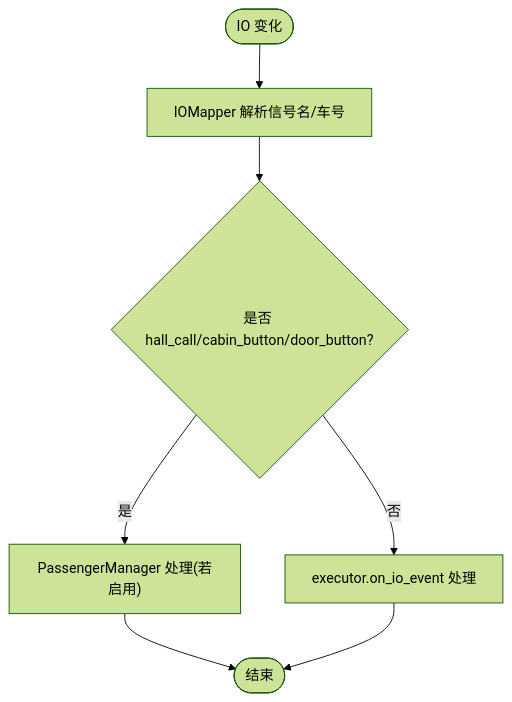
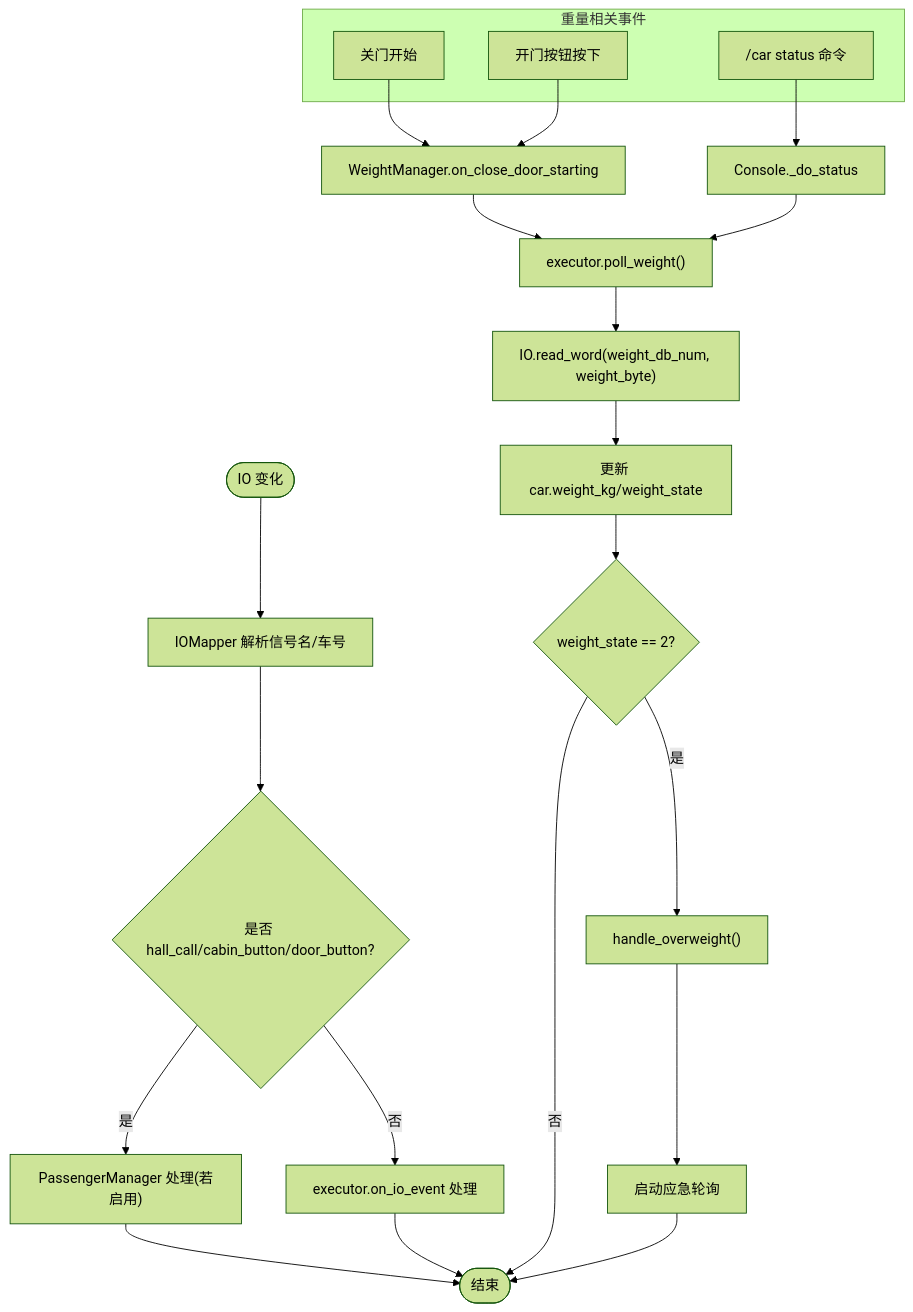
One commit to xmb505/Haku_EET changed the fifth of 7 diagrams in .qoder/repowiki/zh/content/小脑模块/重量检测系统.md. Above: the diagram before and after it, drawn with Mermaid (forest theme). The commit also changed other lines of this file and 27 other files, not shown here.

````diff
--- a/.qoder/repowiki/zh/content/小脑模块/重量检测系统.md
+++ b/.qoder/repowiki/zh/content/小脑模块/重量检测系统.md
@@ -174,9 +298,26 @@
 ```mermaid
 flowchart TD
 Start(["IO 变化"]) --> Map["IOMapper 解析信号名/车号"]
 Map --> Route{"是否 hall_call/cabin_button/door_button?"}
 Route --> |是| PM["PassengerManager 处理(若启用)"]
 Route --> |否| Exec["executor.on_io_event 处理"]
 PM --> End(["结束"])
 Exec --> End
+subgraph "重量相关事件"
+CloseDoor["关门开始"]
+OpenButton["开门按钮按下"]
+StatusCmd["/car status 命令"]
+end
+CloseDoor --> WMCheck["WeightManager.on_close_door_starting"]
+OpenButton --> WMCheck
+StatusCmd --> ConsolePoll["Console._do_status"]
+WMCheck --> PollWeight["executor.poll_weight()"]
+ConsolePoll --> PollWeight
+PollWeight --> ReadWord["IO.read_word(weight_db_num, weight_byte)"]
+ReadWord --> UpdateCache["更新 car.weight_kg/weight_state"]
+UpdateCache --> StateCheck{"weight_state == 2?"}
+StateCheck --> |是| HandleOverweight["handle_overweight()"]
+StateCheck --> |否| End
+HandleOverweight --> EmergencyPoll["启动应急轮询"]
+EmergencyPoll --> End
 ```
````
